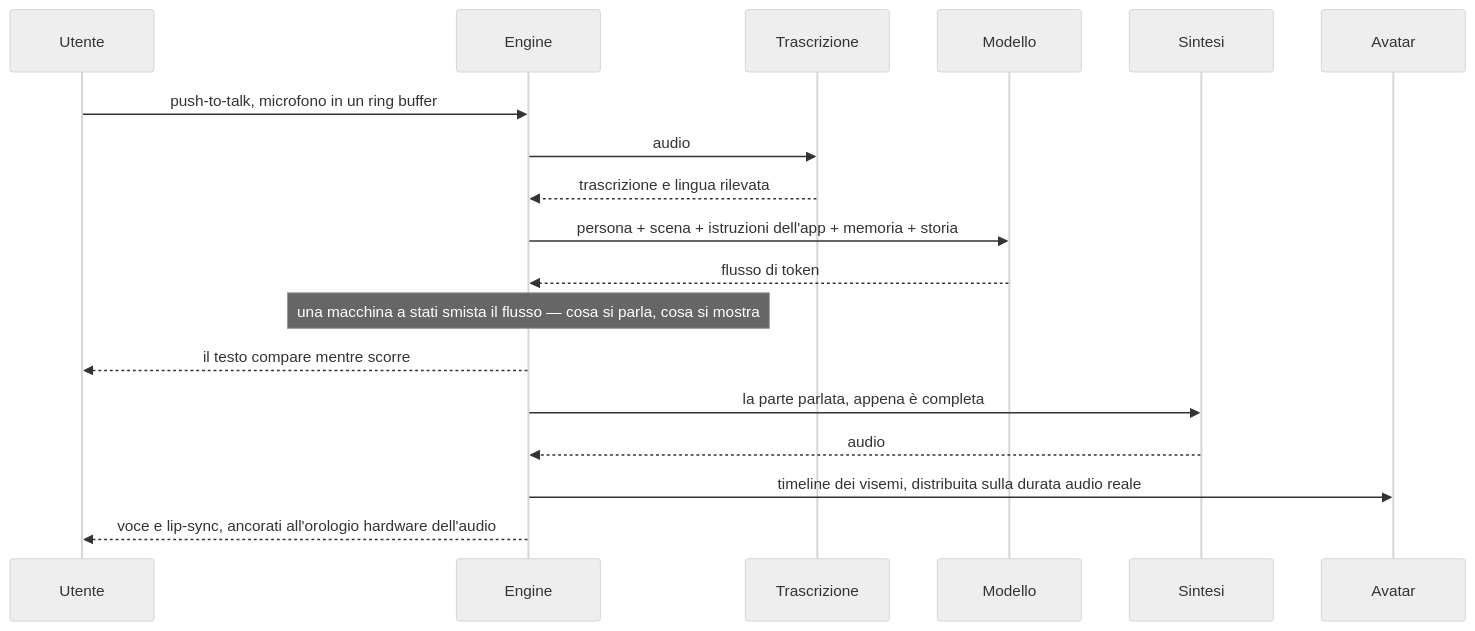
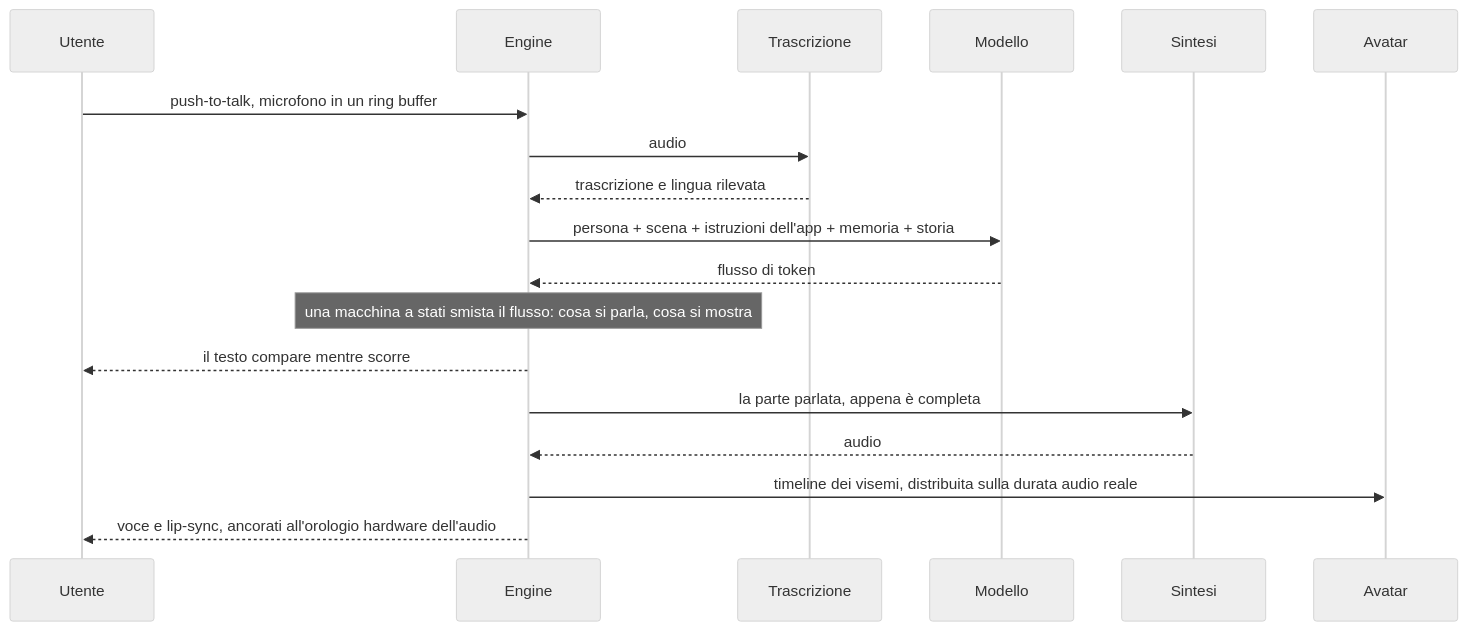
Before and after one commit to TheMackerel/Agentic-User-Interface-Engine-AUI-: the third of 4 diagrams in README.it.md, drawn with Mermaid (neutral theme). The commit also changed other lines of this file and 2 other files, not shown here.

````diff
--- a/README.it.md
+++ b/README.it.md
@@ -137,21 +137,21 @@
 ```mermaid
 sequenceDiagram
     participant U as Utente
     participant E as Engine
     participant S as Trascrizione
     participant L as Modello
     participant T as Sintesi
     participant A as Avatar
 
     U->>E: push-to-talk, microfono in un ring buffer
     E->>S: audio
     S-->>E: trascrizione e lingua rilevata
     E->>L: persona + scena + istruzioni dell'app + memoria + storia
     L-->>E: flusso di token
-    Note over E: una macchina a stati smista il flusso — cosa si parla, cosa si mostra
+    Note over E: una macchina a stati smista il flusso: cosa si parla, cosa si mostra
     E-->>U: il testo compare mentre scorre
     E->>T: la parte parlata, appena è completa
     T-->>E: audio
     E->>A: timeline dei visemi, distribuita sulla durata audio reale
     E-->>U: voce e lip-sync, ancorati all'orologio hardware dell'audio
 ```
````
